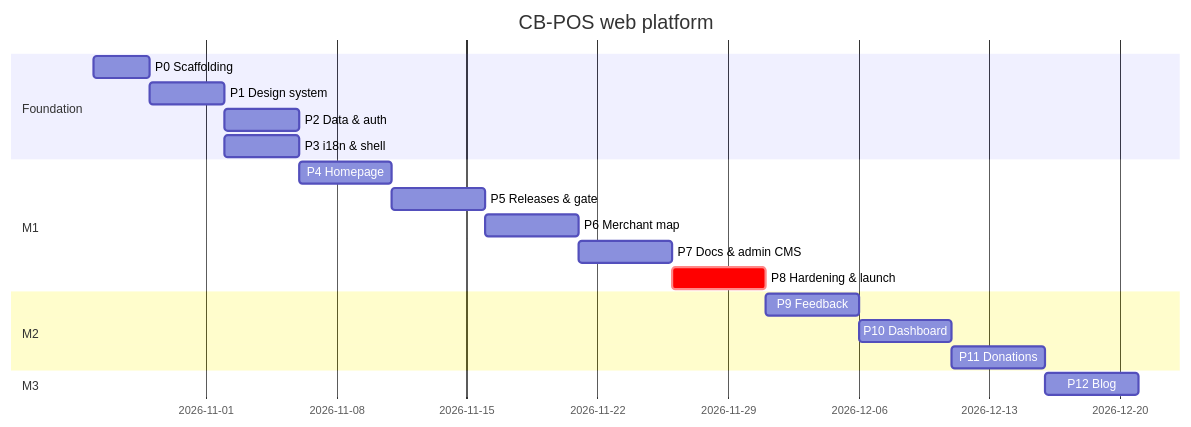
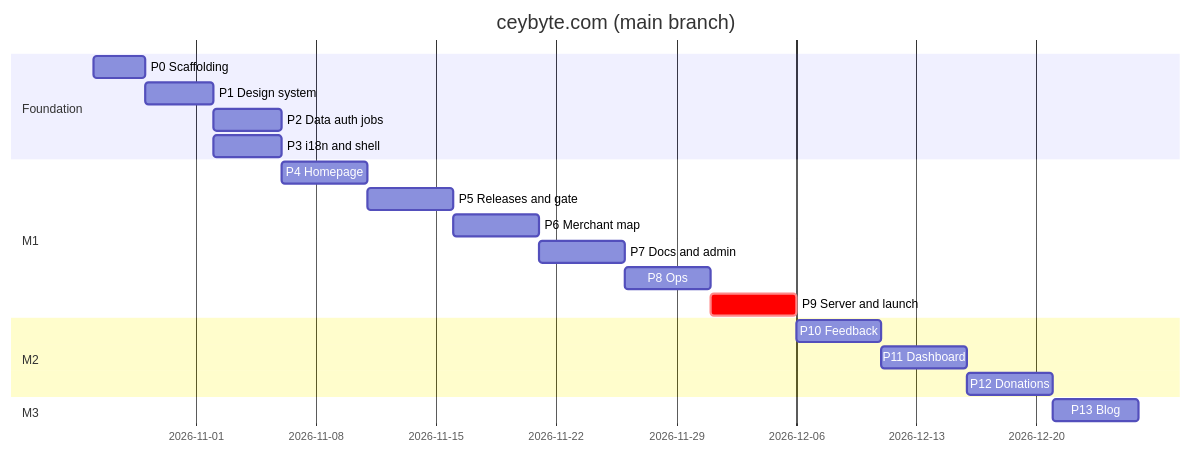
Before and after one commit to ceybyte/CeyByte.com: the diagram in docs/07-IMPLEMENTATION_PLAN.md, drawn with Mermaid. The commit also changed other lines of this file, not shown here.

First line of the commit message:
docs(main): rewrite implementation plan for VPS stack

````diff
--- a/docs/07-IMPLEMENTATION_PLAN.md
+++ b/docs/07-IMPLEMENTATION_PLAN.md
@@ -31,22 +35,23 @@
 ```mermaid
 gantt
   dateFormat  YYYY-MM-DD
-  title CB-POS web platform
+  title ceybyte.com (main branch)
   section Foundation
-  P0 Scaffolding           :p0, 2026-10-26, 3d
-  P1 Design system         :p1, after p0, 4d
-  P2 Data & auth           :p2, after p1, 4d
-  P3 i18n & shell          :p3, after p1, 4d
+  P0 Scaffolding       :p0, 2026-10-26, 3d
+  P1 Design system     :p1, after p0, 4d
+  P2 Data auth jobs    :p2, after p1, 4d
+  P3 i18n and shell    :p3, after p1, 4d
   section M1
-  P4 Homepage              :p4, after p3, 5d
-  P5 Releases & gate       :p5, after p4, 5d
-  P6 Merchant map          :p6, after p5, 5d
-  P7 Docs & admin CMS      :p7, after p6, 5d
-  P8 Hardening & launch    :crit, p8, after p7, 5d
+  P4 Homepage          :p4, after p3, 5d
+  P5 Releases and gate :p5, after p4, 5d
+  P6 Merchant map      :p6, after p5, 5d
+  P7 Docs and admin    :p7, after p6, 5d
+  P8 Ops               :p8, after p7, 5d
+  P9 Server and launch :crit, p9, after p8, 5d
   section M2
-  P9 Feedback              :p9, after p8, 5d
-  P10 Dashboard            :p10, after p9, 5d
-  P11 Donations            :p11, after p10, 5d
+  P10 Feedback         :p10, after p9, 5d
+  P11 Dashboard        :p11, after p10, 5d
+  P12 Donations        :p12, after p11, 5d
   section M3
-  P12 Blog                 :p12, after p11, 5d
+  P13 Blog             :p13, after p12, 5d
 ```
````
